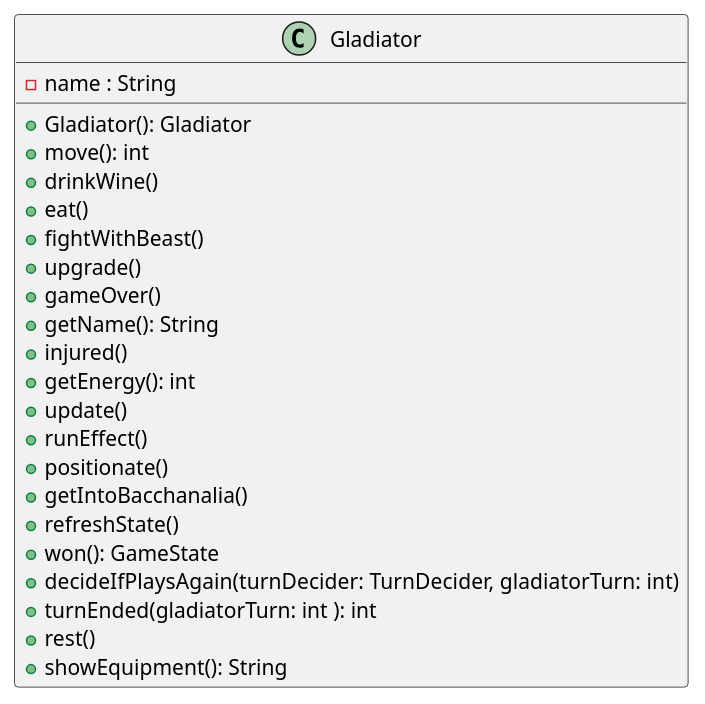
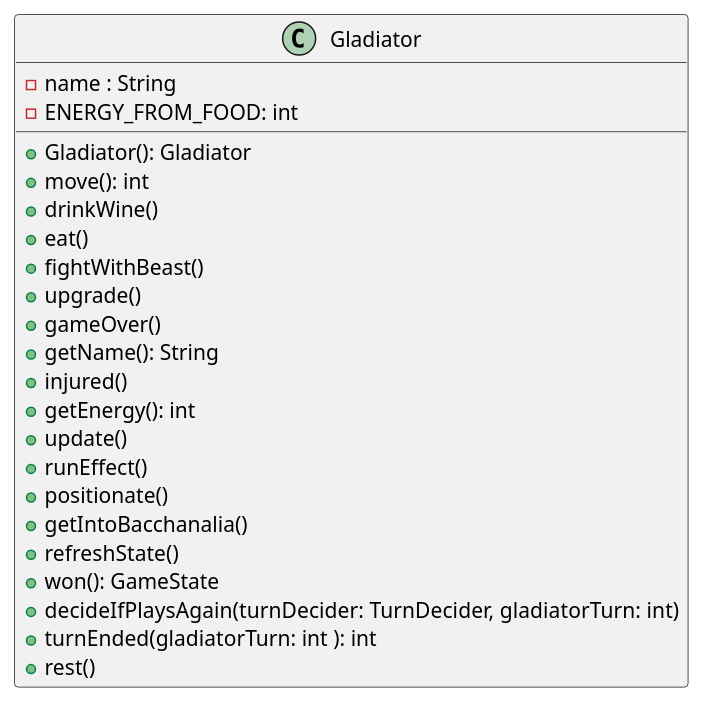
Before and after one commit to PabloGCH/tp2-algo3: the diagram in diagrams/classes/Gladiator/Gladiator.plantuml, drawn with PlantUML. The commit also changed 15 other files, not shown here.

```diff
--- a/diagrams/classes/Gladiator/Gladiator.plantuml
+++ b/diagrams/classes/Gladiator/Gladiator.plantuml
@@ -1,25 +1,25 @@
 @startuml
 class Gladiator {
     -name : String
+    -ENERGY_FROM_FOOD: int
     +Gladiator(): Gladiator
     +move(): int
     +drinkWine()
     +eat()
     +fightWithBeast()
     +upgrade()
     +gameOver()
     +getName(): String
     +injured()
     +getEnergy(): int
     +update()
     +runEffect()
     +positionate()
     +getIntoBacchanalia()
     +refreshState()
     +won(): GameState
     +decideIfPlaysAgain(turnDecider: TurnDecider, gladiatorTurn: int)
     +turnEnded(gladiatorTurn: int ): int
     +rest()
-    +showEquipment(): String
 }
 @enduml
```
